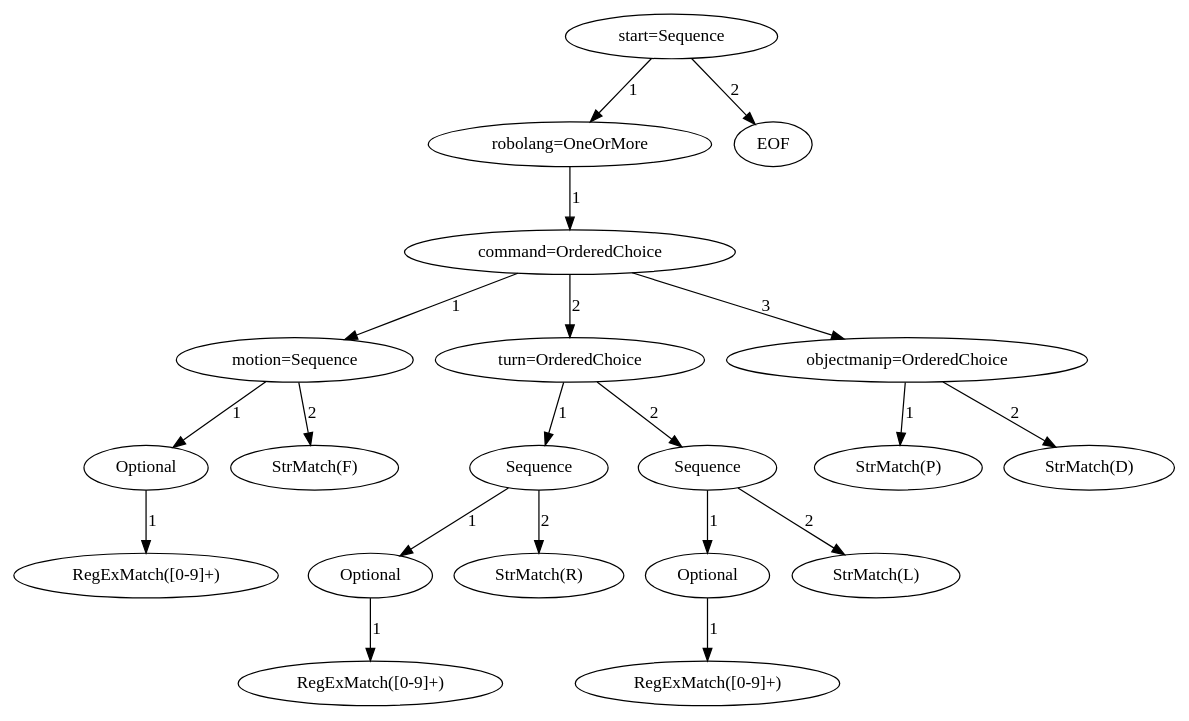
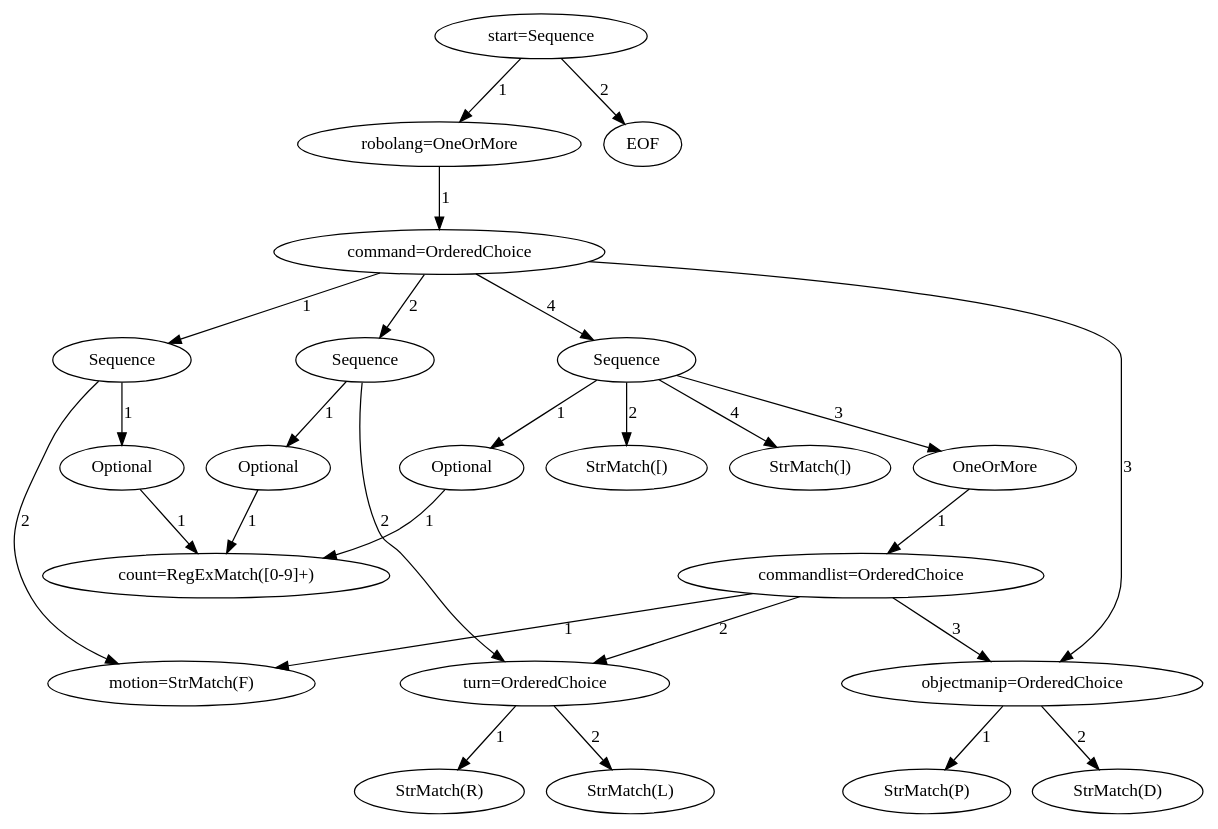
One commit to pragdave/nathan changed the diagram in start_peg_parser_model.dot. Above: the diagram before and after it, drawn with Graphviz. The commit also changed 6 other files, not shown here.

```diff
--- a/start_peg_parser_model.dot
+++ b/start_peg_parser_model.dot
@@ -1,60 +1,76 @@
 digraph arpeggio_graph {
-1569207760376 [label="start=Sequence"];
-1569207760376->1569207760432 [label="1"]
+2089388116960 [label="start=Sequence"];
+2089388116960->2089388117016 [label="1"]
 
-1569207760432 [label="robolang=OneOrMore"];
-1569207760432->1569207760656 [label="1"]
+2089388117016 [label="robolang=OneOrMore"];
+2089388117016->2089388117240 [label="1"]
 
-1569207760656 [label="command=OrderedChoice"];
-1569207760656->1569207759256 [label="1"]
+2089388117240 [label="command=OrderedChoice"];
+2089388117240->2089388116624 [label="1"]
 
-1569207759256 [label="motion=Sequence"];
-1569207759256->1569207759928 [label="1"]
+2089388116624 [label="Sequence"];
+2089388116624->2089388117576 [label="1"]
 
-1569207759928 [label="Optional"];
-1569207759928->1569207761216 [label="1"]
+2089388117576 [label="Optional"];
+2089388117576->2089388135424 [label="1"]
 
-1569207761216 [label="RegExMatch([0-9]+)"];
-1569207759256->1569207761272 [label="2"]
+2089388135424 [label="count=RegExMatch([0-9]+)"];
+2089388116624->2089388135592 [label="2"]
 
-1569207761272 [label="StrMatch(F)"];
-1569207760656->1569207760544 [label="2"]
+2089388135592 [label="motion=StrMatch(F)"];
+2089388117240->2089388116792 [label="2"]
 
-1569207760544 [label="turn=OrderedChoice"];
-1569207760544->1569207761160 [label="1"]
+2089388116792 [label="Sequence"];
+2089388116792->2089388116512 [label="1"]
 
-1569207761160 [label="Sequence"];
-1569207761160->1569207760208 [label="1"]
+2089388116512 [label="Optional"];
+2089388116512->2089388135424 [label="1"]
 
-1569207760208 [label="Optional"];
-1569207760208->1569207761440 [label="1"]
+2089388116792->2089388117856 [label="2"]
 
-1569207761440 [label="RegExMatch([0-9]+)"];
-1569207761160->1569207761552 [label="2"]
+2089388117856 [label="turn=OrderedChoice"];
+2089388117856->2089388135480 [label="1"]
 
-1569207761552 [label="StrMatch(R)"];
-1569207760544->1569207760824 [label="2"]
+2089388135480 [label="StrMatch(R)"];
+2089388117856->2089388135144 [label="2"]
 
-1569207760824 [label="Sequence"];
-1569207760824->1569207761384 [label="1"]
+2089388135144 [label="StrMatch(L)"];
+2089388117240->2089388135536 [label="3"]
 
-1569207761384 [label="Optional"];
-1569207761384->1569207761664 [label="1"]
+2089388135536 [label="objectmanip=OrderedChoice"];
+2089388135536->2089388135704 [label="1"]
 
-1569207761664 [label="RegExMatch([0-9]+)"];
-1569207760824->1569207761776 [label="2"]
+2089388135704 [label="StrMatch(P)"];
+2089388135536->2089388135760 [label="2"]
 
-1569207761776 [label="StrMatch(L)"];
-1569207760656->1569207761608 [label="3"]
+2089388135760 [label="StrMatch(D)"];
+2089388117240->2089388117744 [label="4"]
 
-1569207761608 [label="objectmanip=OrderedChoice"];
-1569207761608->1569207761944 [label="1"]
+2089388117744 [label="Sequence"];
+2089388117744->2089388117968 [label="1"]
 
-1569207761944 [label="StrMatch(P)"];
-1569207761608->1569207762000 [label="2"]
+2089388117968 [label="Optional"];
+2089388117968->2089388135424 [label="1"]
 
-1569207762000 [label="StrMatch(D)"];
-1569207760376->1569207711672 [label="2"]
+2089388117744->2089388134864 [label="2"]
 
-1569207711672 [label="EOF"];
+2089388134864 [label="StrMatch([)"];
+2089388117744->2089388134808 [label="3"]
+
+2089388134808 [label="OneOrMore"];
+2089388134808->2089388134640 [label="1"]
+
+2089388134640 [label="commandlist=OrderedChoice"];
+2089388134640->2089388135592 [label="1"]
+
+2089388134640->2089388117856 [label="2"]
+
+2089388134640->2089388135536 [label="3"]
+
+2089388117744->2089388135032 [label="4"]
+
+2089388135032 [label="StrMatch(])"];
+2089388116960->2089388042784 [label="2"]
+
+2089388042784 [label="EOF"];
 }
```
